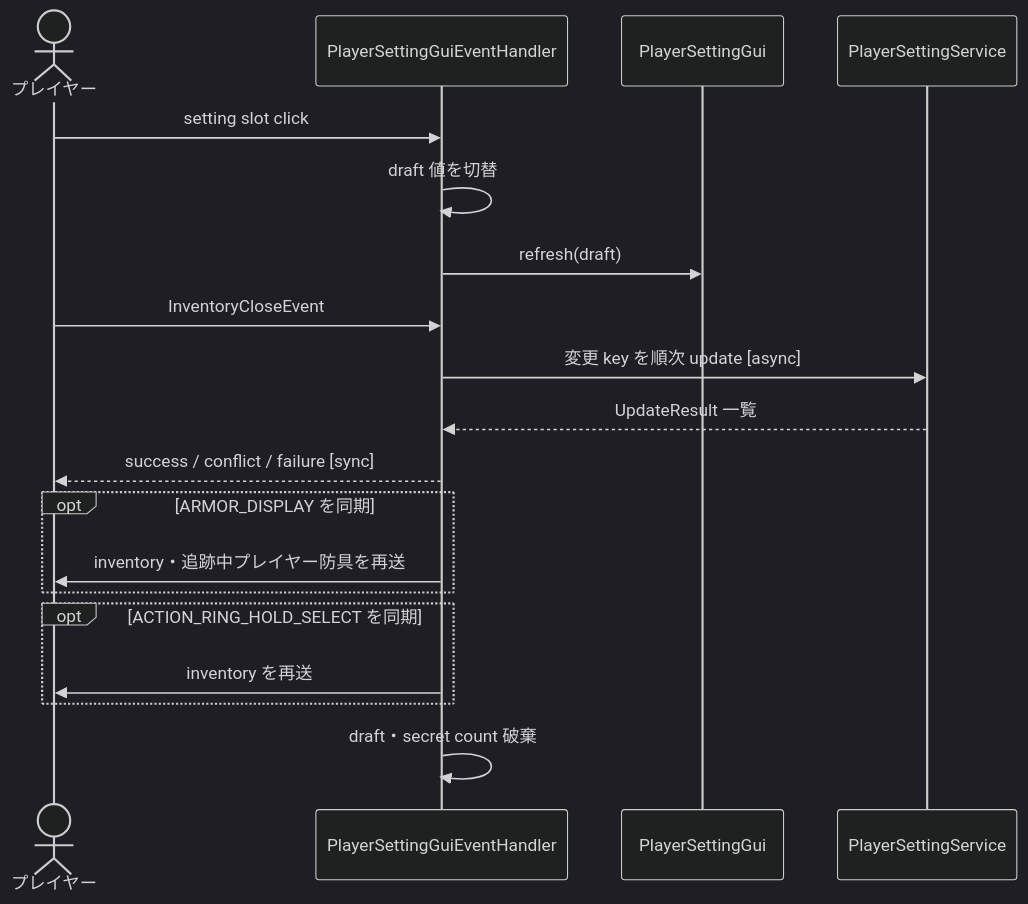
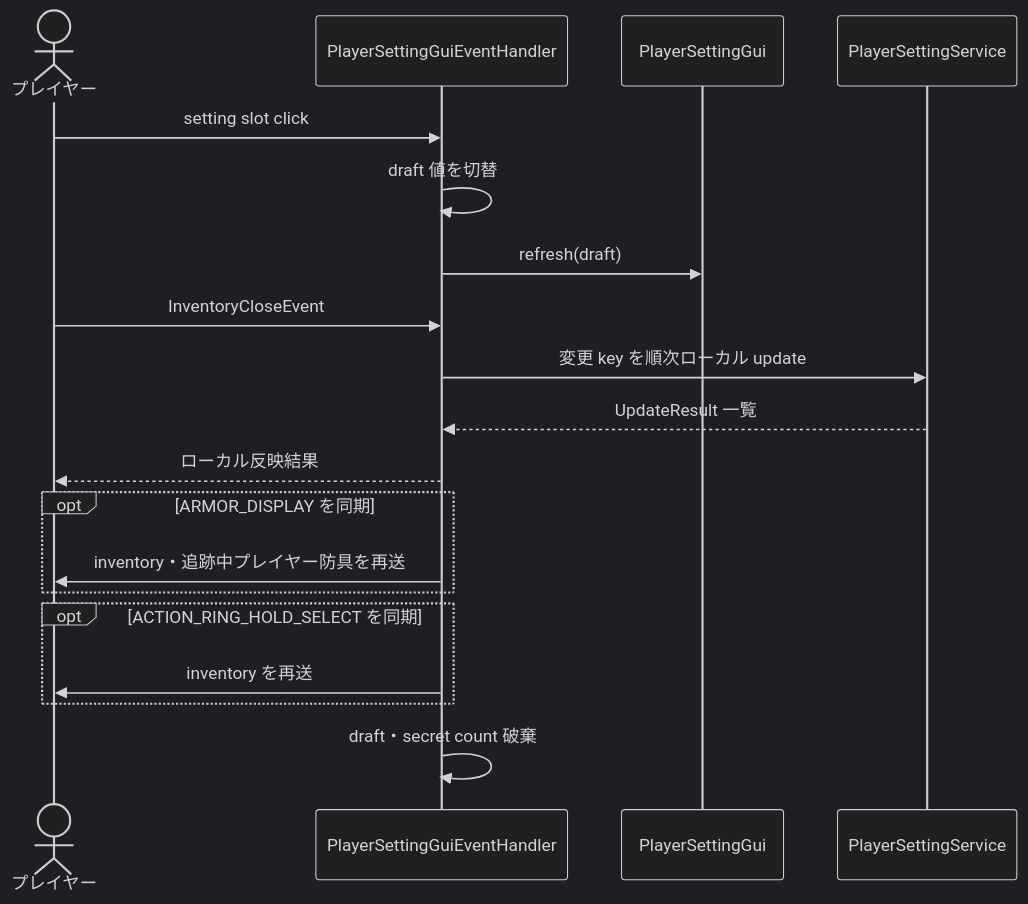
One commit to maaasu/AstralRecord-Workspace changed the third of 3 diagrams in 00_docs/10_Plugin設計書/feature/11-player-setting/11_4-統合フロー.md. Above: the diagram before and after it, drawn with Mermaid (dark theme). The commit also changed other lines of this file and 213 other files, not shown here.

````diff
--- a/00_docs/10_Plugin設計書/feature/11-player-setting/11_4-統合フロー.md
+++ b/00_docs/10_Plugin設計書/feature/11-player-setting/11_4-統合フロー.md
@@ -84,22 +82,22 @@
 ```mermaid
 sequenceDiagram
     actor Player as プレイヤー
     participant Event as PlayerSettingGuiEventHandler
     participant Gui as PlayerSettingGui
     participant Service as PlayerSettingService
 
     Player->>Event: setting slot click
     Event->>Event: draft 値を切替
     Event->>Gui: refresh(draft)
     Player->>Event: InventoryCloseEvent
-    Event->>Service: 変更 key を順次 update [async]
+    Event->>Service: 変更 key を順次ローカル update
     Service-->>Event: UpdateResult 一覧
-    Event-->>Player: success / conflict / failure [sync]
+    Event-->>Player: ローカル反映結果
     opt ARMOR_DISPLAY を同期
         Event->>Player: inventory・追跡中プレイヤー防具を再送
     end
     opt ACTION_RING_HOLD_SELECT を同期
         Event->>Player: inventory を再送
     end
     Event->>Event: draft・secret count 破棄
 ```
````
